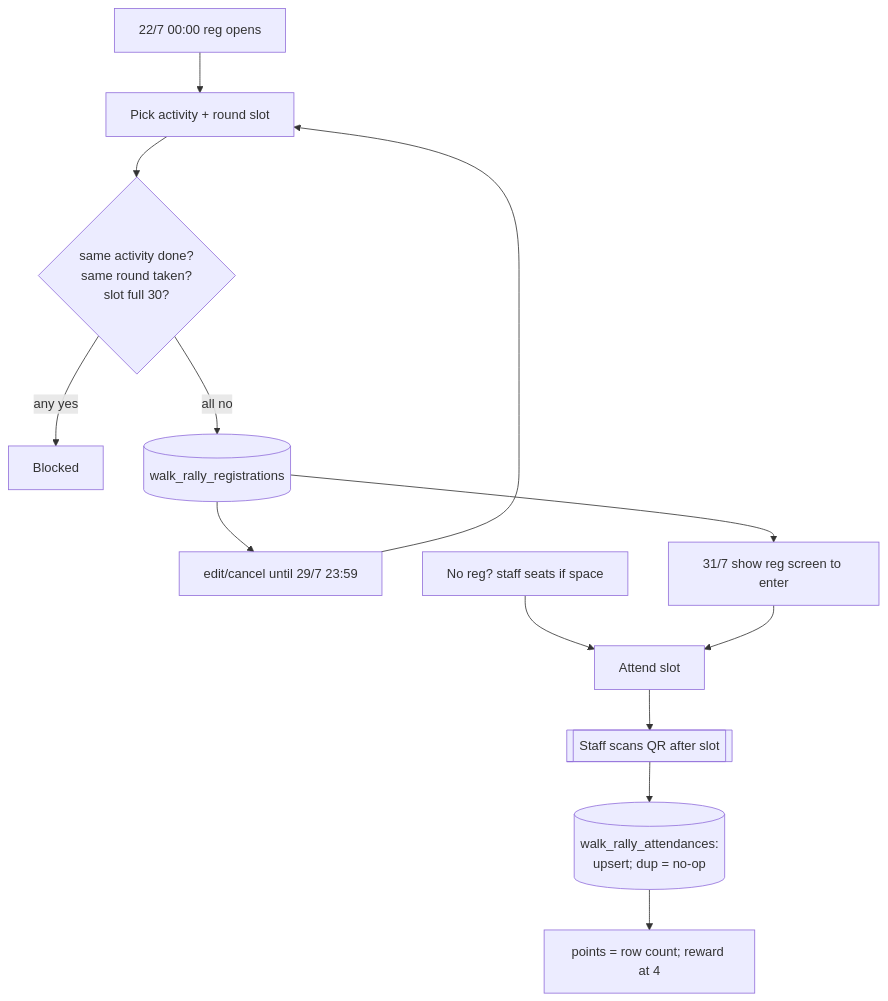
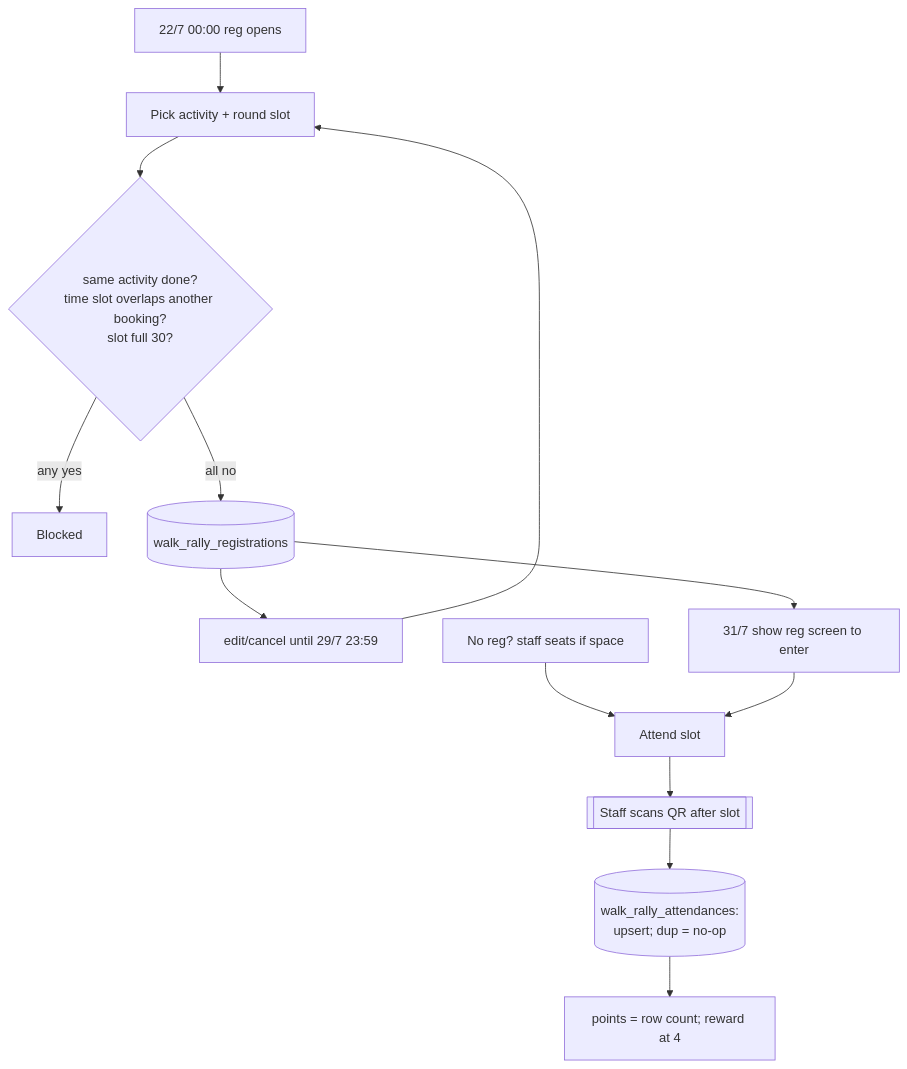
One commit to isd-sgcu/fdrpkm2026-backend changed the fourth of 5 diagrams in docs/db/diagrams.md. Above: the diagram before and after it, drawn with Mermaid. The commit also changed other lines of this file and 11 other files, not shown here.

First line of the commit message:
fix: allow same round number across activities with non-overlapping schedules

````diff
--- a/docs/db/diagrams.md
+++ b/docs/db/diagrams.md
@@ -211,15 +210,15 @@
 ```mermaid
 flowchart TD
     Open[22/7 00:00 reg opens] --> Pick[Pick activity + round slot]
-    Pick --> Checks{same activity done?<br/>same round taken?<br/>slot full 30?}
+    Pick --> Checks{same activity done?<br/>time slot overlaps another booking?<br/>slot full 30?}
     Checks -- any yes --> Blocked[Blocked]
     Checks -- all no --> Booked[(walk_rally_registrations)]
     Booked --> Edit[edit/cancel until 29/7 23:59]
     Edit --> Pick
     Booked --> Day[31/7 show reg screen to enter]
     WalkIn[No reg? staff seats if space] --> Slot[Attend slot]
     Day --> Slot
     Slot --> Scan[[Staff scans QR after slot]]
     Scan --> Att[(walk_rally_attendances:<br/>upsert; dup = no-op)]
     Att --> Points[points = row count; reward at 4]
 ```
````
